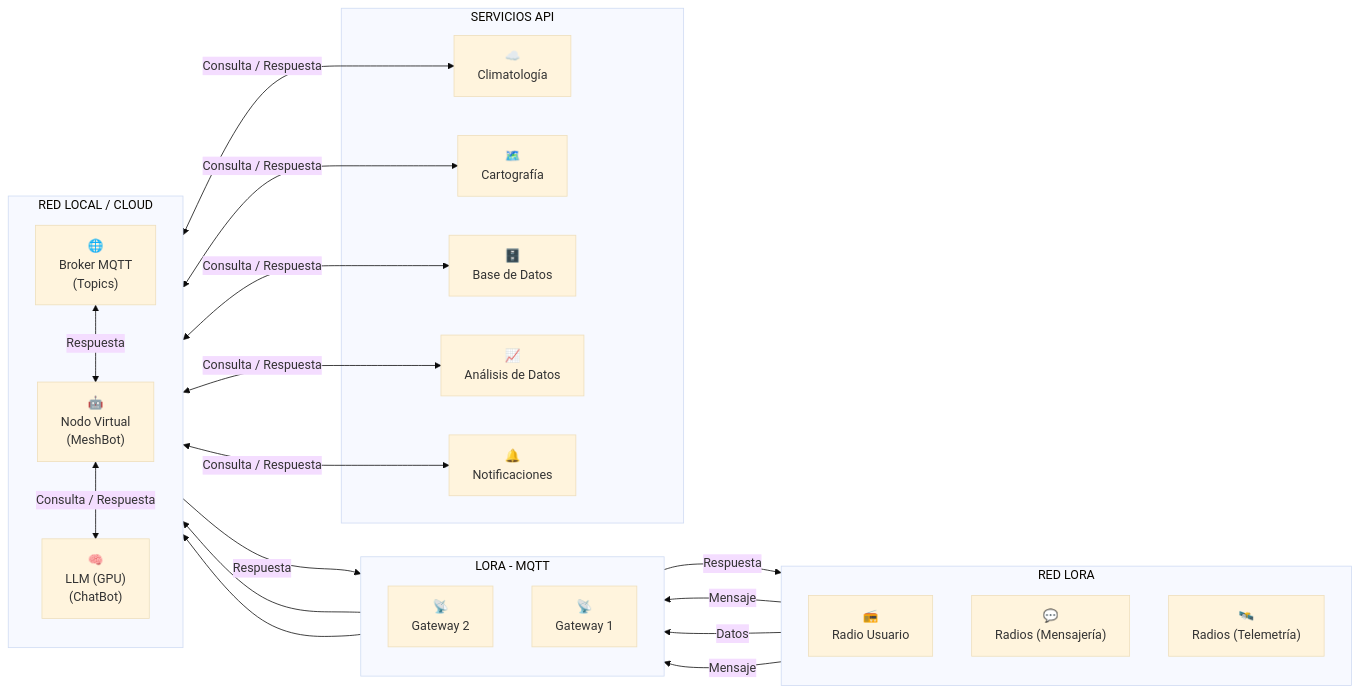
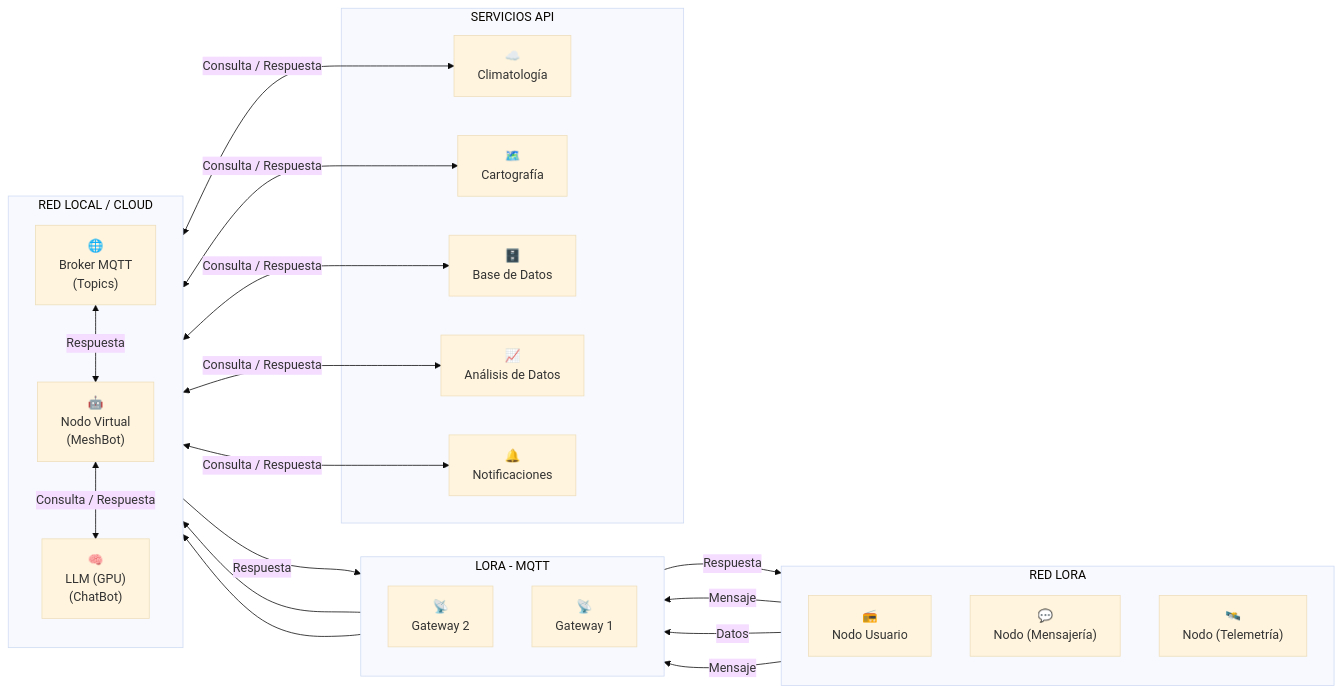
One commit to lhupyn/meshbot changed the diagram in README.md. Above: the diagram before and after it, drawn with Mermaid (base theme). The commit also changed other lines of this file, not shown here.

````diff
--- a/README.md
+++ b/README.md
@@ -5,49 +5,49 @@
 ```mermaid
 flowchart LR
     subgraph RED LORA
         direction TB
-        RU["📻<br>Radio Usuario"]
-        RM["💬<br>Radios (Mensajería)"]
-        RT["🛰️<br>Radios (Telemetría)"]
+        RU["📻<br>Nodo Usuario"]
+        RM["💬<br>Nodo (Mensajería)"]
+        RT["🛰️<br>Nodo (Telemetría)"]
     end
 
     subgraph LORA - MQTT
         direction TB
         G2["📡<br>Gateway 2"]
         G1["📡<br>Gateway 1"]
     end
 
     subgraph RED LOCAL / CLOUD
         direction TB
         MB["🤖<br>Nodo Virtual<br>(MeshBot)"]
         M["🌐<br>Broker MQTT<br>(Topics)"]
         IA["🧠<br>LLM (GPU)<br>(ChatBot)"]
     end
 
     subgraph SERVICIOS API
         CLI["☁️<br>Climatología"]
         GEO["🗺️<br>Cartografía"]
         BD["🗄️<br>Base de Datos"]
         AD["📈<br>Análisis de Datos"]
         N["🔔<br>Notificaciones"]
     end
 
     %% Flujo de Entrada
     RM -- "Mensaje" --> G2
     RT -- "Datos" --> G2
     RU -- "Mensaje" --> G1
     G1 --> M
     G2 --> M
     %% Flujo Interno y Procesamiento
     M <-->|Respuesta| MB
     MB <-->|Consulta / Respuesta| IA
     %% Flujo Externo y Datos
     IA <-->|Consulta / Respuesta| CLI
     IA <-->|Consulta / Respuesta| GEO
     IA <-->|Consulta / Respuesta| BD
     IA <-->|Consulta / Respuesta| AD
     IA <-->|Consulta / Respuesta| N
     %% Flujo de Salida
     M -- "Respuesta" --> G1
     G1 -- "Respuesta" --> RU
 ```
````
